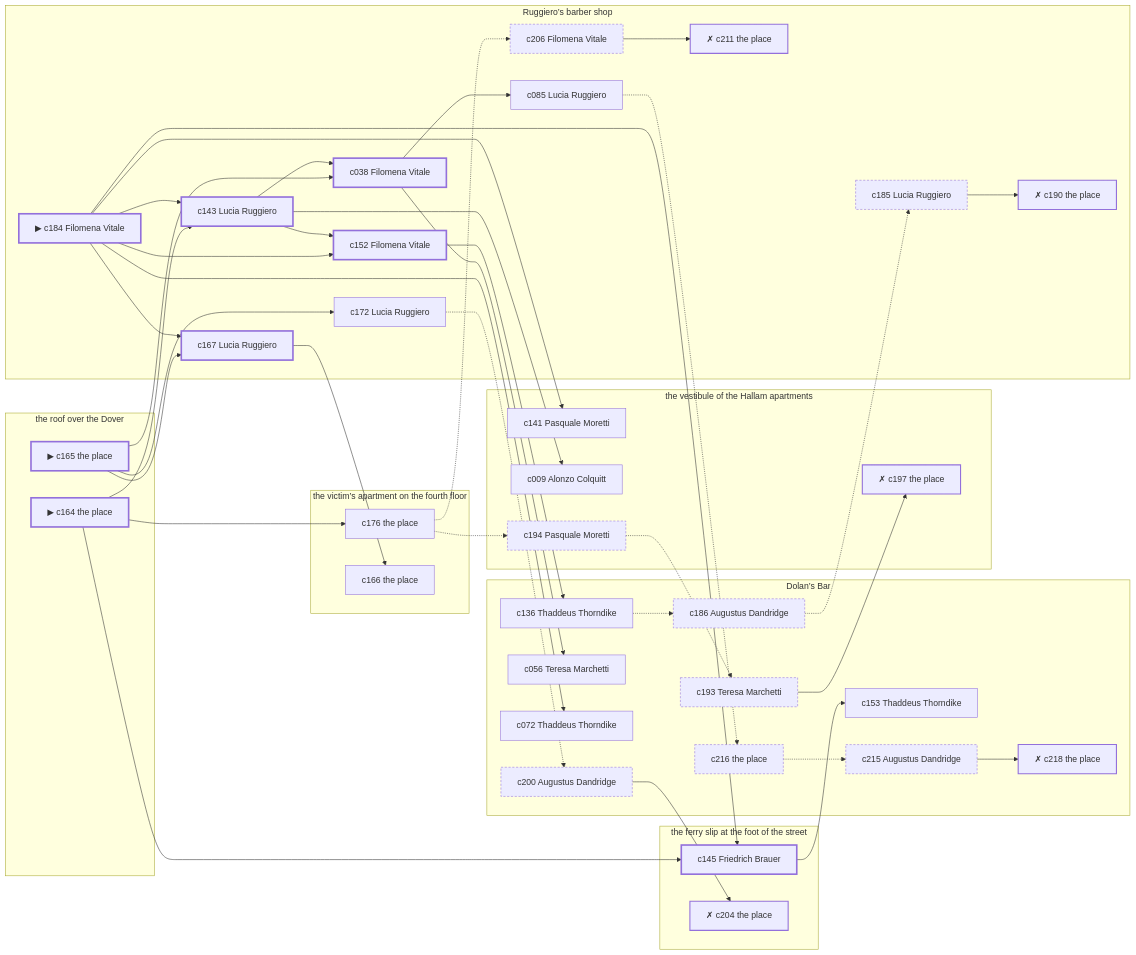
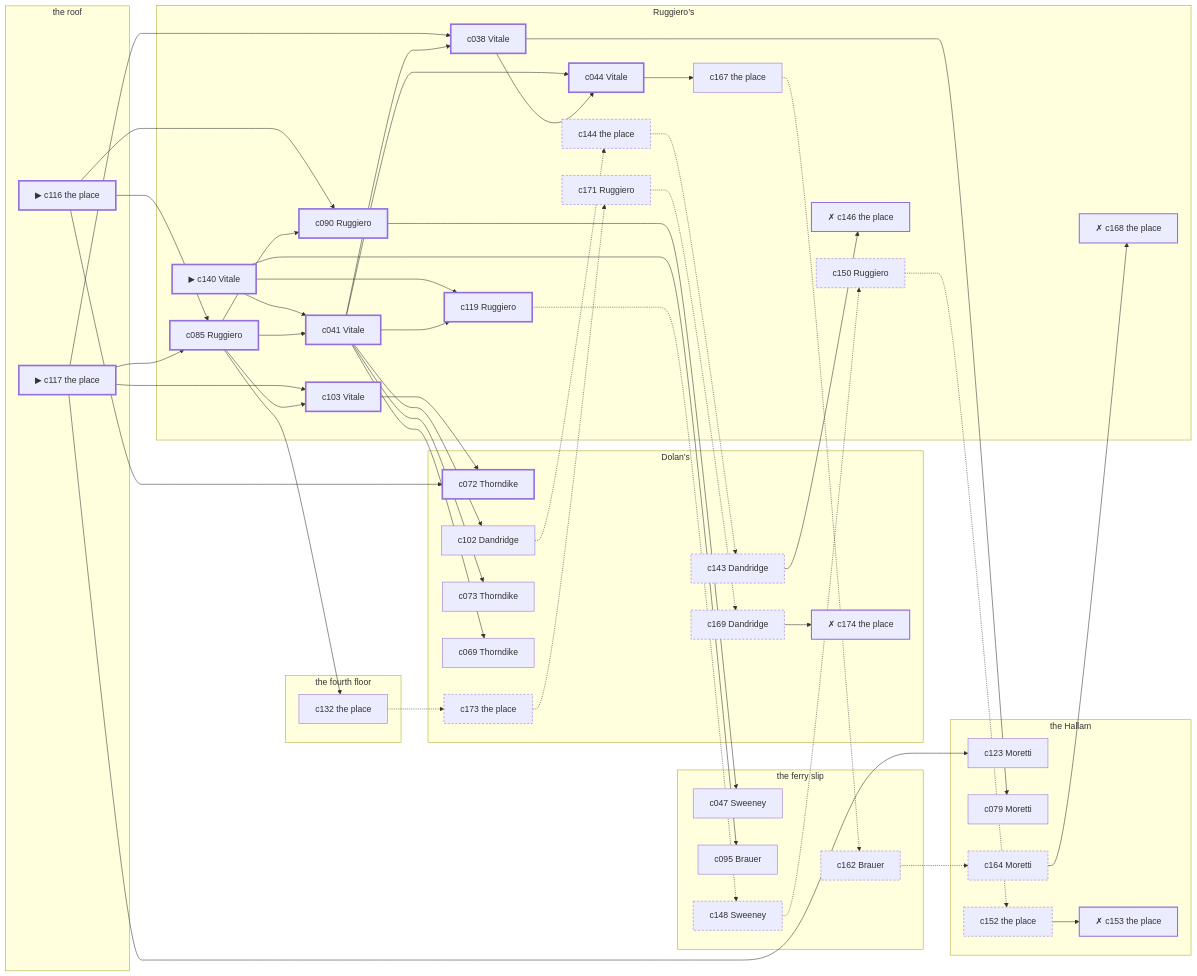
The diagram in docs/samples/case-14.md (lyamshin/dashiell), drawn with Mermaid before and after one commit. The commit also changed other lines of this file and 60 other files, not shown here.

````diff
--- a/docs/samples/case-14.md
+++ b/docs/samples/case-14.md
@@ -308,87 +317,96 @@
 ```mermaid
 graph LR
-  subgraph P1["Dolan’s Bar"]
-    c136["c136 Thaddeus Thorndike"]
-    c056["c056 Teresa Marchetti"]
-    c153["c153 Thaddeus Thorndike"]
-    c072["c072 Thaddeus Thorndike"]
-    c216["c216 the place"]
-    c215["c215 Augustus Dandridge"]
-    c218["✗ c218 the place"]
-    c186["c186 Augustus Dandridge"]
-    c193["c193 Teresa Marchetti"]
-    c200["c200 Augustus Dandridge"]
+  subgraph P1["Dolan’s"]
+    c072["c072 Thorndike"]
+    c102["c102 Dandridge"]
+    c073["c073 Thorndike"]
+    c069["c069 Thorndike"]
+    c173["c173 the place"]
+    c169["c169 Dandridge"]
+    c174["✗ c174 the place"]
+    c143["c143 Dandridge"]
   end
-  subgraph P2["the victim’s apartment on the fourth floor"]
-    c176["c176 the place"]
-    c166["c166 the place"]
+  subgraph P2["the fourth floor"]
+    c132["c132 the place"]
   end
-  subgraph P3["the ferry slip at the foot of the street"]
-    c145["c145 Friedrich Brauer"]
-    c204["✗ c204 the place"]
+  subgraph P3["the ferry slip"]
+    c047["c047 Sweeney"]
+    c095["c095 Brauer"]
+    c148["c148 Sweeney"]
+    c162["c162 Brauer"]
   end
-  subgraph P4["the vestibule of the Hallam apartments"]
-    c141["c141 Pasquale Moretti"]
-    c009["c009 Alonzo Colquitt"]
-    c194["c194 Pasquale Moretti"]
-    c197["✗ c197 the place"]
+  subgraph P4["the Hallam"]
+    c123["c123 Moretti"]
+    c079["c079 Moretti"]
+    c152["c152 the place"]
+    c153["✗ c153 the place"]
+    c164["c164 Moretti"]
   end
-  subgraph P5["Ruggiero’s barber shop"]
-    c184["▶ c184 Filomena Vitale"]
-    c143["c143 Lucia Ruggiero"]
-    c152["c152 Filomena Vitale"]
-    c038["c038 Filomena Vitale"]
-    c167["c167 Lucia Ruggiero"]
-    c172["c172 Lucia Ruggiero"]
-    c085["c085 Lucia Ruggiero"]
-    c206["c206 Filomena Vitale"]
-    c211["✗ c211 the place"]
-    c185["c185 Lucia Ruggiero"]
-    c190["✗ c190 the place"]
+  subgraph P5["Ruggiero’s"]
+    c140["▶ c140 Vitale"]
+    c085["c085 Ruggiero"]
+    c090["c090 Ruggiero"]
+    c041["c041 Vitale"]
+    c038["c038 Vitale"]
+    c103["c103 Vitale"]
+    c119["c119 Ruggiero"]
+    c044["c044 Vitale"]
+    c167["c167 the place"]
+    c150["c150 Ruggiero"]
+    c171["c171 Ruggiero"]
+    c168["✗ c168 the place"]
+    c144["c144 the place"]
+    c146["✗ c146 the place"]
   end
-  subgraph P6["the roof over the Dover"]
-    c164["▶ c164 the place"]
-    c165["▶ c165 the place"]
+  subgraph P6["the roof"]
+    c116["▶ c116 the place"]
+    c117["▶ c117 the place"]
   end
-  c164 --> c145
-  c164 --> c143
-  c164 --> c176
-  c165 --> c038
-  c165 --> c167
-  c165 --> c172
-  c184 --> c145
-  c184 --> c143
-  c184 --> c152
-  c184 --> c167
-  c184 --> c141
-  c184 --> c072
-  c145 --> c153
-  c143 --> c152
-  c143 --> c038
-  c143 --> c009
-  c152 --> c136
-  c038 --> c056
-  c038 --> c085
-  c167 --> c166
-  c136 -.-> c186
-  c176 -.-> c206
-  c176 -.-> c194
-  c172 -.-> c200
-  c085 -.-> c216
-  c216 -.-> c215
-  c215 --> c218
-  c206 --> c211
-  c186 -.-> c185
-  c185 --> c190
-  c194 -.-> c193
-  c193 --> c197
-  c200 --> c204
+  c116 --> c085
+  c116 --> c090
+  c116 --> c072
+  c117 --> c085
+  c117 --> c038
+  c117 --> c103
+  c117 --> c123
+  c140 --> c041
+  c140 --> c119
+  c140 --> c095
+  c085 --> c090
+  c085 --> c041
+  c085 --> c103
+  c085 --> c132
+  c090 --> c047
+  c041 --> c038
+  c041 --> c119
+  c041 --> c044
+  c041 --> c102
+  c041 --> c073
+  c041 --> c069
+  c038 --> c044
+  c038 --> c079
+  c103 --> c072
+  c119 -.-> c148
+  c044 --> c167
+  c132 -.-> c173
+  c102 -.-> c144
+  c167 -.-> c162
+  c148 -.-> c150
+  c150 -.-> c152
+  c152 --> c153
+  c173 -.-> c171
+  c171 -.-> c169
+  c169 --> c174
+  c162 -.-> c164
+  c164 --> c168
+  c144 -.-> c143
+  c143 --> c146
   classDef spine stroke-width:3px;
   classDef corrob stroke-width:1px;
   classDef noise stroke-dasharray: 4 3;
   classDef disq stroke-width:2px,stroke-dasharray: 1 0;
-  class c164,c165,c184,c145,c143,c152,c038,c167 spine;
-  class c136,c141,c176,c056,c172,c153,c072,c085,c166,c009 corrob;
-  class c216,c215,c206,c186,c185,c194,c193,c200 noise;
-  class c218,c211,c190,c197,c204 disq;
+  class c116,c117,c140,c085,c090,c041,c038,c103,c119,c044,c072 spine;
+  class c123,c132,c047,c102,c073,c079,c069,c095,c167 corrob;
+  class c148,c150,c152,c173,c171,c169,c162,c164,c144,c143 noise;
+  class c153,c174,c168,c146 disq;
 ```
````
